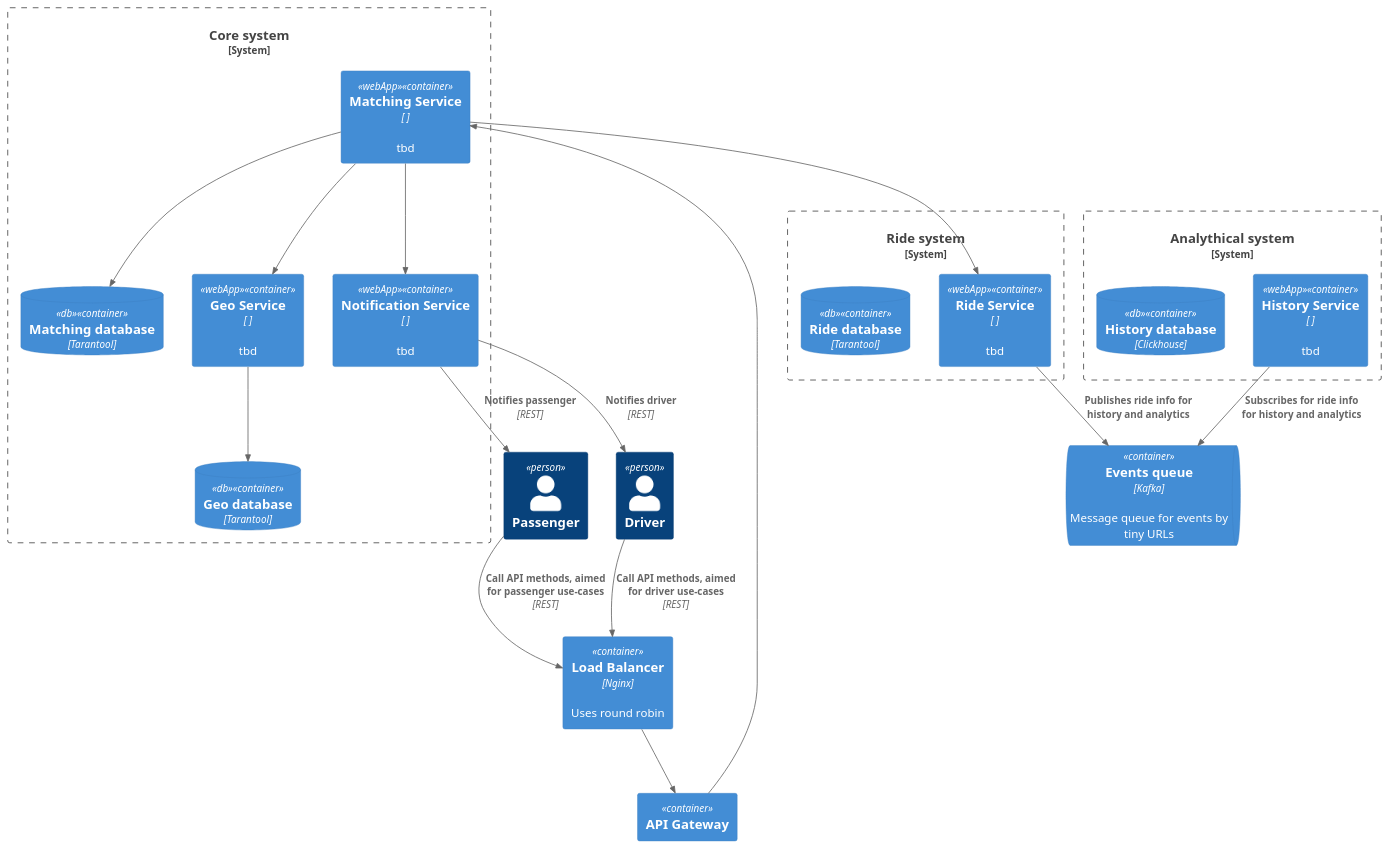
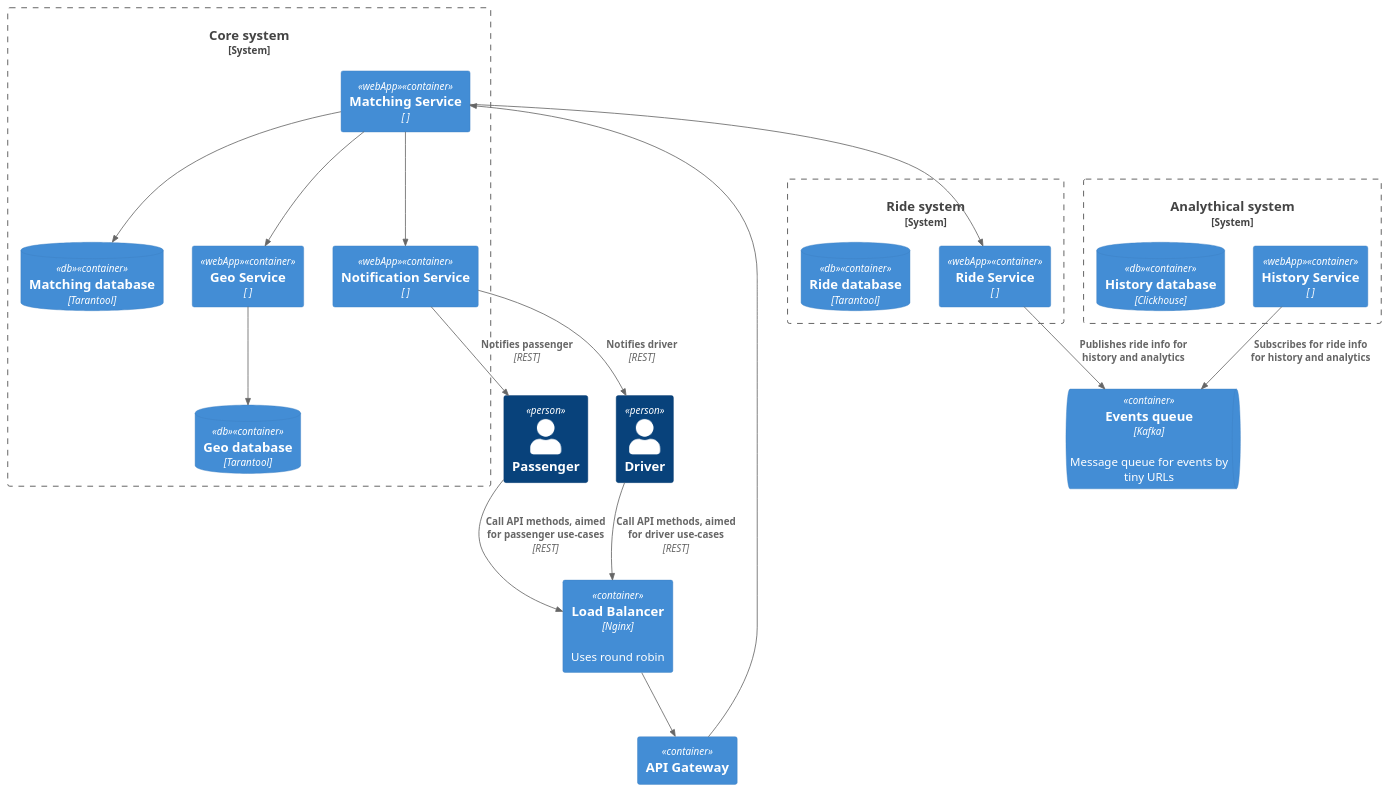
One commit to EugenePugin/Learning_System_Design_from_Vlad_Balun changed the diagram in Яндекс Такси/YTaxi_system_design.puml. Above: the diagram before and after it, drawn with PlantUML. The commit also changed 3 other files, not shown here.

```diff
--- a/Яндекс Такси/YTaxi_system_design.puml
+++ b/Яндекс Такси/YTaxi_system_design.puml
@@ -1,46 +1,46 @@
 @startuml
 !include https://raw.githubusercontent.com/plantuml-stdlib/C4-PlantUML/master/C4_Container.puml
 
 Person(passenger, "Passenger")
 Person(driver, "Driver")
 Container(loadBalancer, "Load Balancer", "Nginx", "Uses round robin")
 Container(apiGateway, "API Gateway", "", "")
 ContainerQueue(messageQueue, "Events queue", "Kafka", "Message queue for events by tiny URLs")
 
 System_Boundary(coreSystem, "Core system") {
-    Container(matchingService, "Matching Service", " ", "tbd", $tags="webApp")
+    Container(matchingService, "Matching Service", " ", "", $tags="webApp")
     ContainerDb(matchingDatabase, "Matching database", "Tarantool", "",  $tags="db")
-    Container(notificationService, "Notification Service", " ", "tbd", $tags="webApp")
-    Container(geoService, "Geo Service", " ", "tbd", $tags="webApp")
+    Container(notificationService, "Notification Service", " ", "", $tags="webApp")
+    Container(geoService, "Geo Service", " ", "", $tags="webApp")
     ContainerDb(geoDatabase, "Geo database", "Tarantool", "",  $tags="db")
 }
 
 System_Boundary(rideSystem, "Ride system") {
-    Container(rideService, "Ride Service", " ", "tbd", $tags="webApp")
+    Container(rideService, "Ride Service", " ", "", $tags="webApp")
     ContainerDb(rideDatabase, "Ride database", "Tarantool", "",  $tags="db")
 }
 
 System_Boundary(analyticalSystem, "Analythical system") {
-    Container(historyService, "History Service", " ", "tbd", $tags="webApp")
+    Container(historyService, "History Service", " ", "", $tags="webApp")
     ContainerDb(historyDatabase, "History database", "Clickhouse", "",  $tags="db")
 }
 
 Rel(passenger, loadBalancer, "Call API methods, aimed for passenger use-cases", "REST")
 Rel(driver, loadBalancer, "Call API methods, aimed for driver use-cases", "REST")
 
 Rel(loadBalancer, apiGateway, " ", "")
 Rel(apiGateway, matchingService, "", "")
 
 
 Rel(matchingService, matchingDatabase, "")
 Rel(matchingService, notificationService, "")
 Rel(matchingService, geoService, "")
 Rel(geoService, geoDatabase, "")
 Rel(notificationService, passenger, "Notifies passenger", "REST")
 Rel(notificationService, driver, "Notifies driver", "REST")
 Rel(matchingService, rideService, "")
 Rel(rideService, messageQueue, "Publishes ride info for history and analytics")
 Rel(historyService, messageQueue, "Subscribes for ride info for history and analytics")
 
 
 @enduml
```
